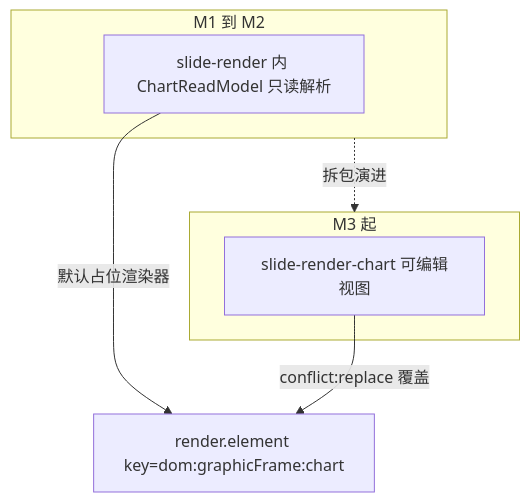
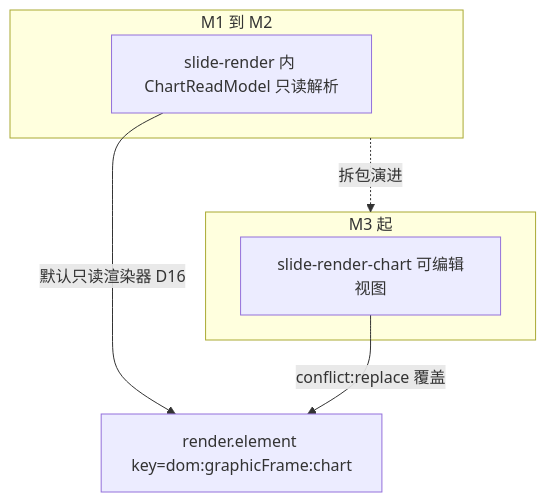
One commit to Xeonice/cordis-ppt-editor changed the third of 5 diagrams in docs/40-modules/07-slide-rendering.md. Above: the diagram before and after it, drawn with Mermaid. The commit also changed other lines of this file and 23 other files, not shown here.

````diff
--- a/docs/40-modules/07-slide-rendering.md
+++ b/docs/40-modules/07-slide-rendering.md
@@ -152,13 +157,13 @@
 ```mermaid
 flowchart TB
 subgraph m1m2["M1 到 M2"]
   chartRead["slide-render 内 ChartReadModel 只读解析"]
 end
 subgraph m3["M3 起"]
   chartEdit["slide-render-chart 可编辑视图"]
 end
 chartKey["render.element key=dom:graphicFrame:chart"]
-chartRead -- "默认占位渲染器" --> chartKey
+chartRead -- "默认只读渲染器 D16" --> chartKey
 chartEdit -- "conflict:replace 覆盖" --> chartKey
 m1m2 -. "拆包演进" .-> m3
 ```
````
